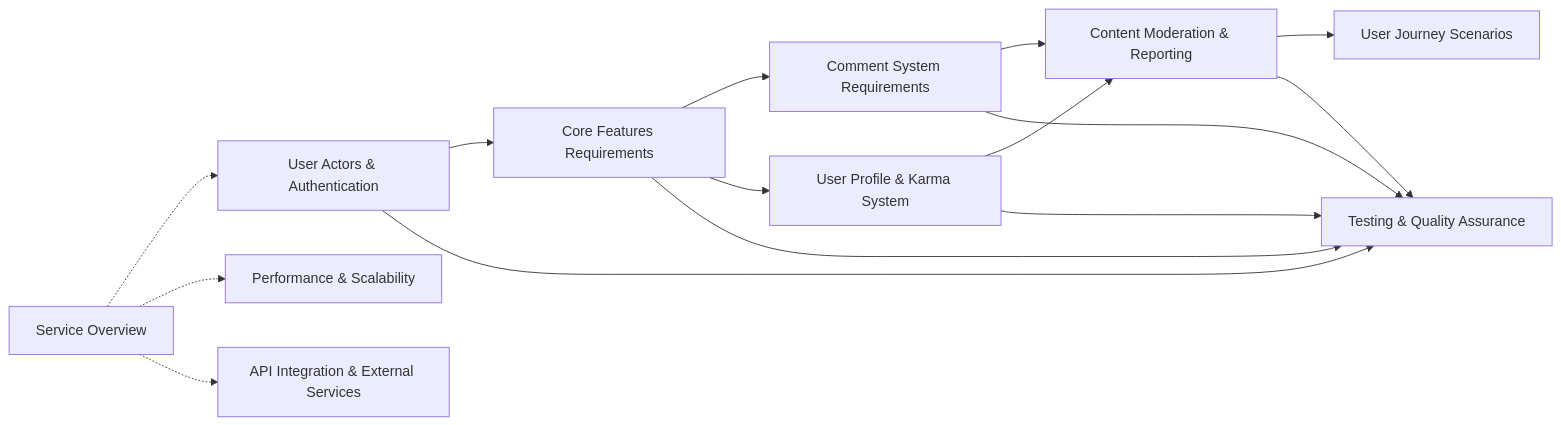
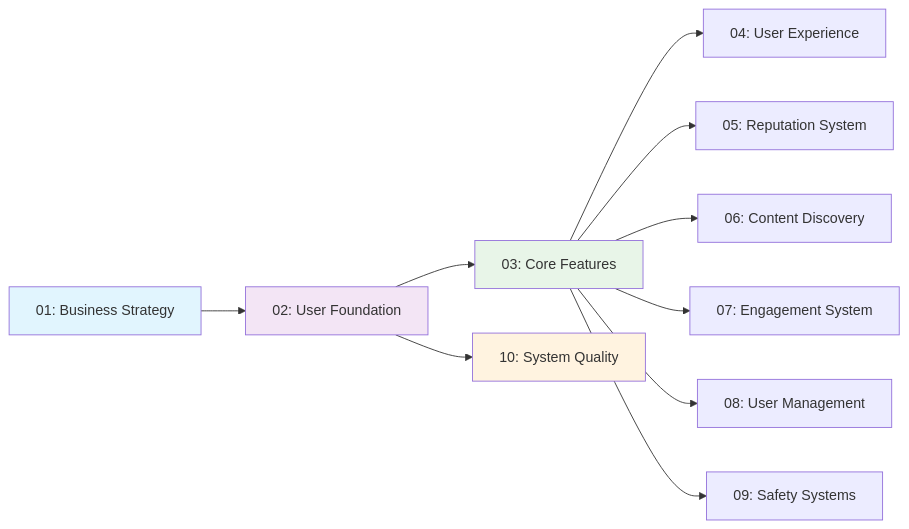
The second of 2 diagrams in deepseek/deepseek-v3.1-terminus-exacto/reddit/docs/analysis/00-toc.md (wrtnlabs/autobe-examples), drawn with Mermaid before and after one commit. The commit also changed other lines of this file and 22498 other files, not shown here.

````diff
--- a/deepseek/deepseek-v3.1-terminus-exacto/reddit/docs/analysis/00-toc.md
+++ b/deepseek/deepseek-v3.1-terminus-exacto/reddit/docs/analysis/00-toc.md
@@ -61,19 +157,17 @@
 ```mermaid
 graph LR
-    A["User Actors & Authentication"] --> B["Core Features Requirements"]
-    B --> C["Comment System Requirements"]
-    B --> D["User Profile & Karma System"]
-    C --> E["Content Moderation & Reporting"]
-    D --> E
-    E --> F["User Journey Scenarios"]
+    A["01: Business Strategy"] --> B["02: User Foundation"]
+    B --> C["03: Core Features"]
+    C --> D["04: User Experience"]
+    C --> E["05: Reputation System"]
+    C --> F["06: Content Discovery"]
+    C --> G["07: Engagement System"]
+    C --> H["08: User Management"]
+    C --> I["09: Safety Systems"]
+    B --> J["10: System Quality"]
     
-    G["Service Overview"] -.-> A
-    G -.-> H["Performance & Scalability"]
-    G -.-> I["API Integration & External Services"]
-    
-    A --> J["Testing & Quality Assurance"]
-    B --> J
-    C --> J
-    D --> J
-    E --> J
+    style A fill:#e1f5fe
+    style B fill:#f3e5f5
+    style C fill:#e8f5e8
+    style J fill:#fff3e0
 ```
````
